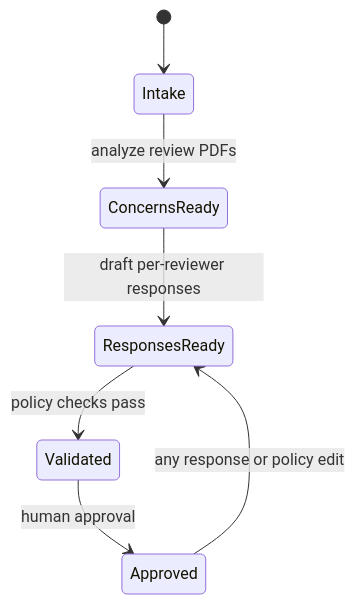
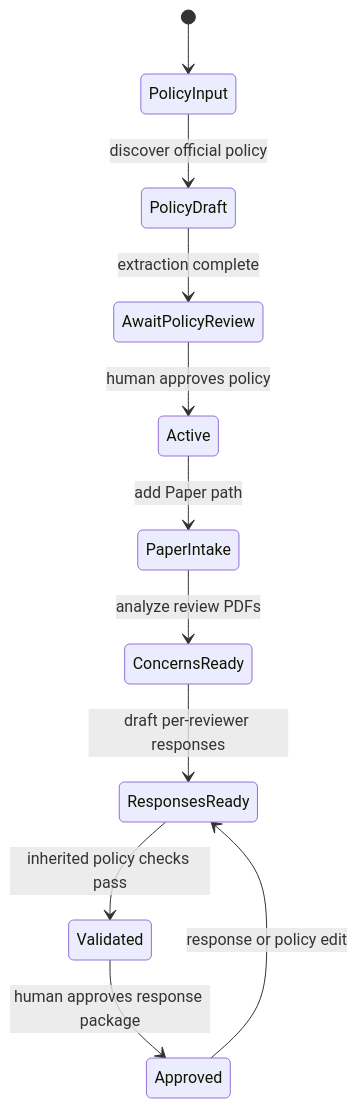
One commit to FutureMLS-Lab/Loom changed the seventh of 7 diagrams in docs/LOOM_CODEBASE_ARCHITECTURE.md. Above: the diagram before and after it, drawn with Mermaid. The commit also changed other lines of this file and 8 other files, not shown here.

````diff
--- a/docs/LOOM_CODEBASE_ARCHITECTURE.md
+++ b/docs/LOOM_CODEBASE_ARCHITECTURE.md
@@ -1992,9 +2033,13 @@
 ```mermaid
 stateDiagram-v2
-    [*] --> Intake
-    Intake --> ConcernsReady: analyze review PDFs
+    [*] --> PolicyInput
+    PolicyInput --> PolicyDraft: discover official policy
+    PolicyDraft --> AwaitPolicyReview: extraction complete
+    AwaitPolicyReview --> Active: human approves policy
+    Active --> PaperIntake: add Paper path
+    PaperIntake --> ConcernsReady: analyze review PDFs
     ConcernsReady --> ResponsesReady: draft per-reviewer responses
-    ResponsesReady --> Validated: policy checks pass
-    Validated --> Approved: human approval
-    Approved --> ResponsesReady: any response or policy edit
+    ResponsesReady --> Validated: inherited policy checks pass
+    Validated --> Approved: human approves response package
+    Approved --> ResponsesReady: response or policy edit
 ```
````
